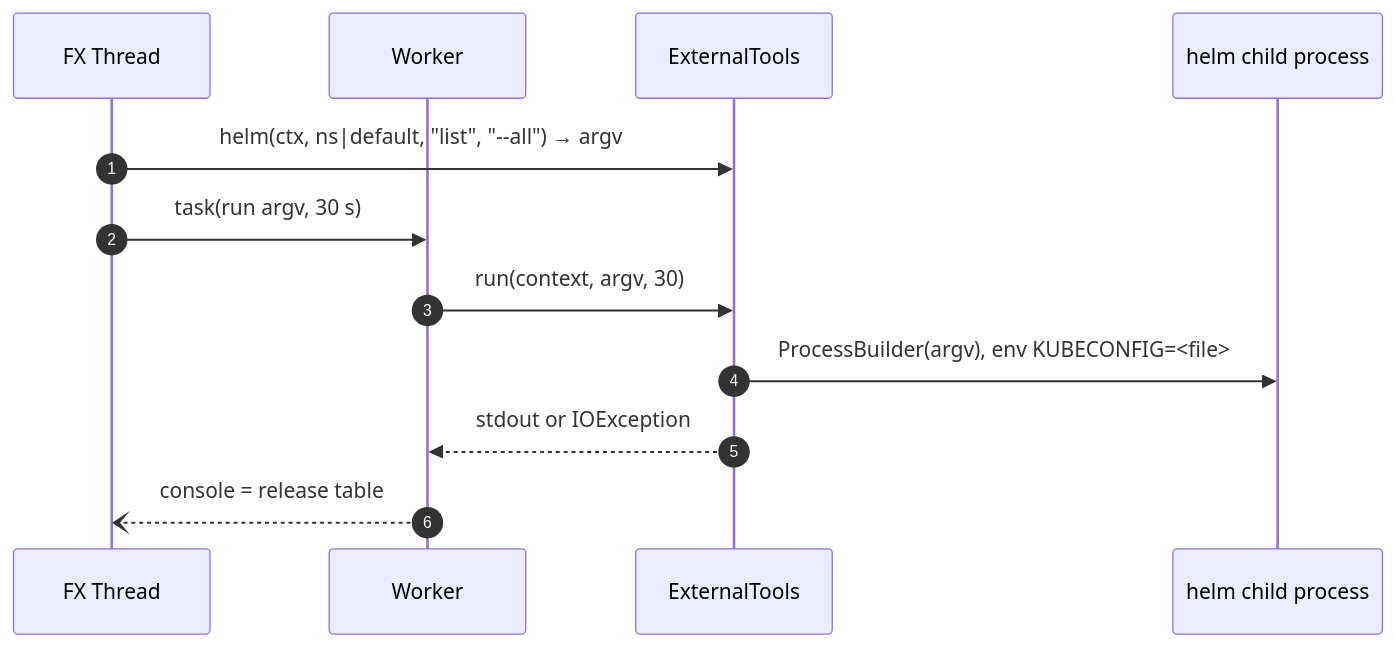
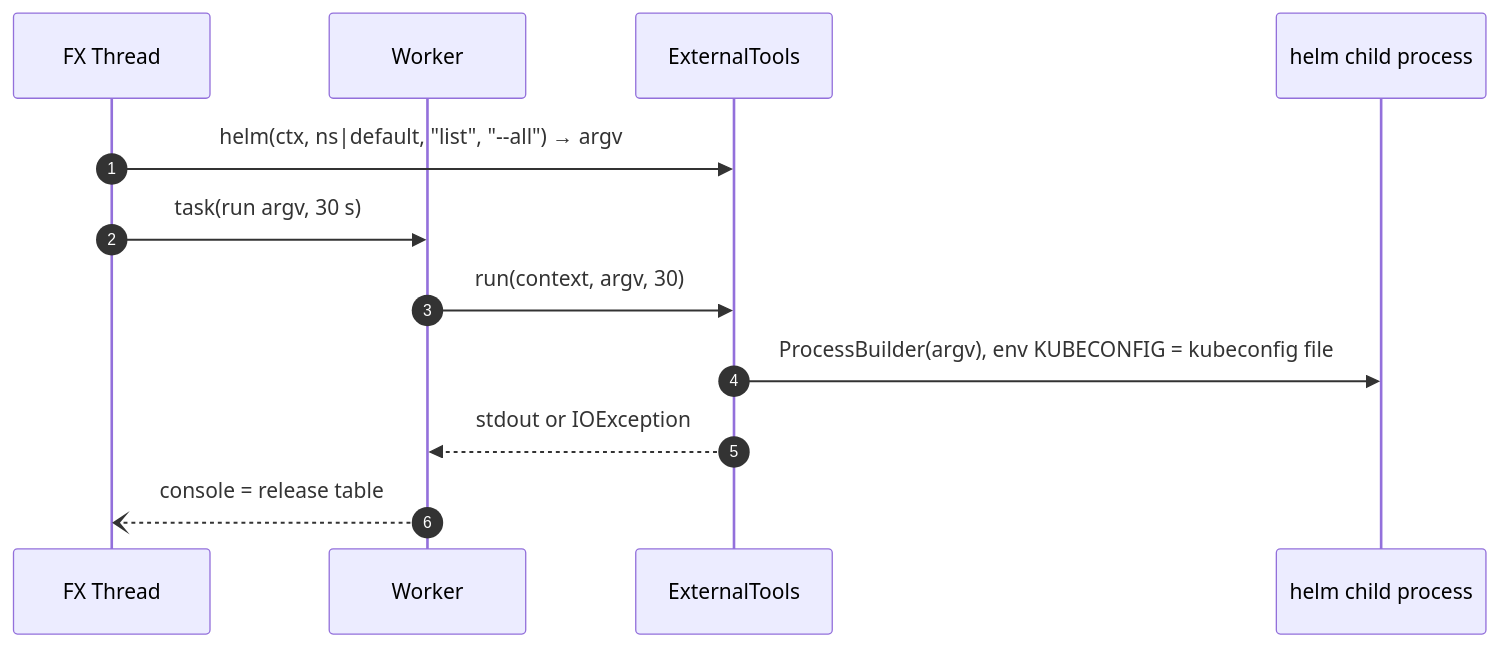
One commit to kotenev/JKubeTerm changed diagram 12 of 13 in docs/architecture/data-flow.md. Above: the diagram before and after it, drawn with Mermaid. The commit also changed other lines of this file and 5 other files, not shown here.

````diff
--- a/docs/architecture/data-flow.md
+++ b/docs/architecture/data-flow.md
@@ -257,14 +257,14 @@
 ```mermaid
 sequenceDiagram
   autonumber
   participant FX as FX Thread
   participant W as Worker
   participant ET as ExternalTools
   participant H as helm child process
   FX->>ET: helm(ctx, ns|default, "list", "--all") → argv
   FX->>W: task(run argv, 30 s)
   W->>ET: run(context, argv, 30)
-  ET->>H: ProcessBuilder(argv), env KUBECONFIG=<file>
+  ET->>H: ProcessBuilder(argv), env KUBECONFIG = kubeconfig file
   ET-->>W: stdout or IOException
   W--)FX: console = release table
 ```
````
